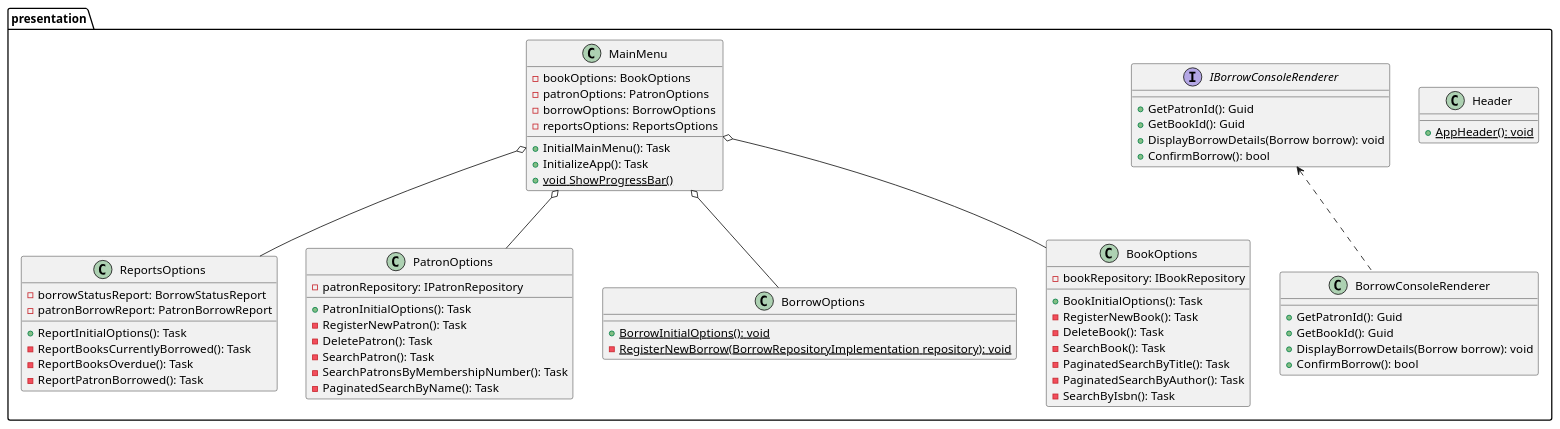
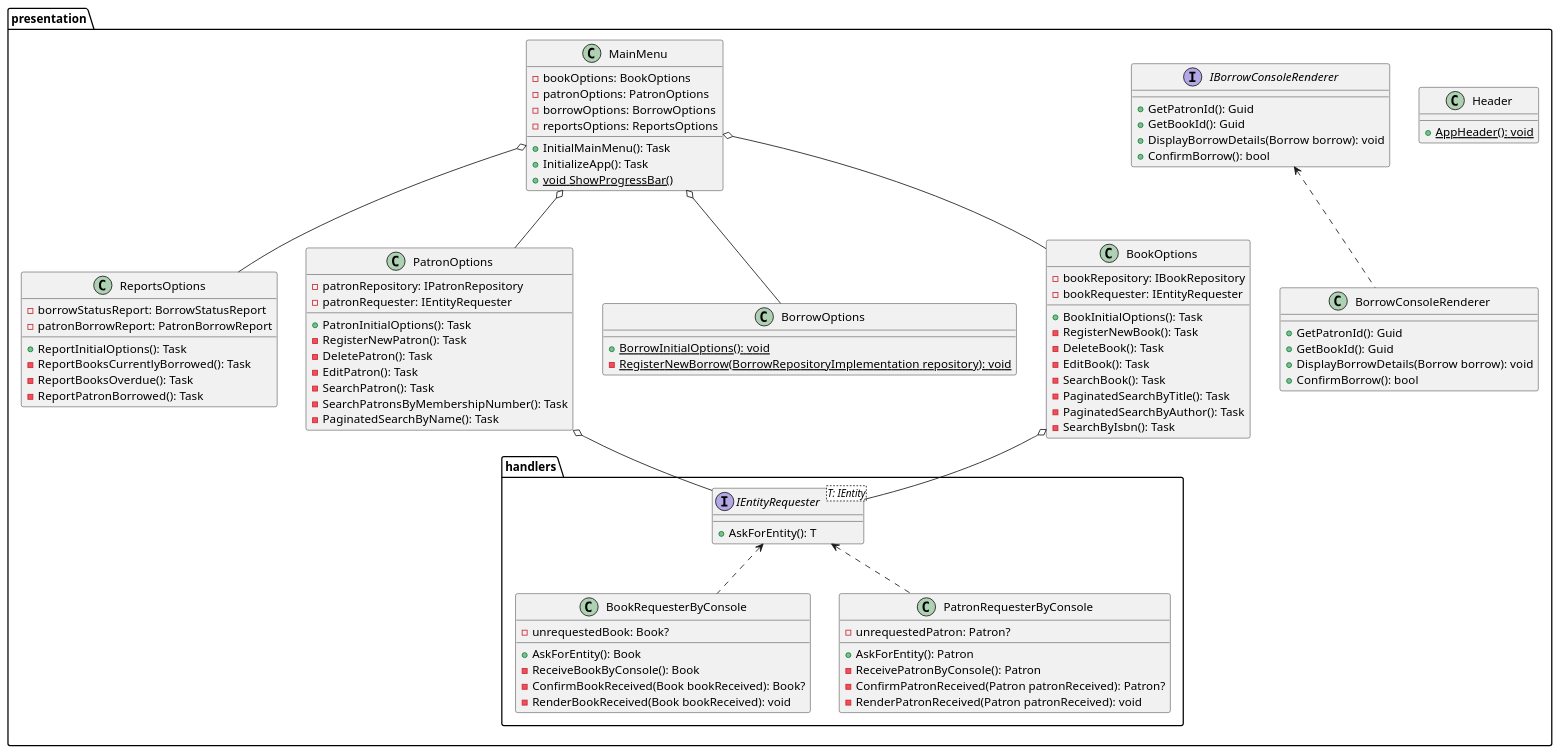
Before and after one commit to programacion-6/Opcion1LosBorbotones: the diagram in system-design/class-diagram/presentation.puml, drawn with PlantUML. The commit also changed 1 other file, not shown here.

Commit message:
chore: updated class diagram

```diff
--- a/system-design/class-diagram/presentation.puml
+++ b/system-design/class-diagram/presentation.puml
@@ -1,71 +1,102 @@
 @startuml
 package presentation {
+
+    package handlers {
+        class BookRequesterByConsole {
+            - unrequestedBook: Book?
+            + AskForEntity(): Book
+            - ReceiveBookByConsole(): Book
+            - ConfirmBookReceived(Book bookReceived): Book?
+            - RenderBookReceived(Book bookReceived): void
+        }
+
+        class PatronRequesterByConsole {
+            - unrequestedPatron: Patron?
+            + AskForEntity(): Patron
+            - ReceivePatronByConsole(): Patron
+            - ConfirmPatronReceived(Patron patronReceived): Patron?
+            - RenderPatronReceived(Patron patronReceived): void
+        }
+
+        interface IEntityRequester<T: IEntity> {
+            + AskForEntity(): T
+        }
+        IEntityRequester <.. BookRequesterByConsole
+        IEntityRequester <.. PatronRequesterByConsole
+    }
+
     class ReportsOptions {
         - borrowStatusReport: BorrowStatusReport
         - patronBorrowReport: PatronBorrowReport
         + ReportInitialOptions(): Task
         - ReportBooksCurrentlyBorrowed(): Task
         - ReportBooksOverdue(): Task
         - ReportPatronBorrowed(): Task
     }
 
     class Header {
         + {static} AppHeader(): void
     }
 
     class PatronOptions {
         - patronRepository: IPatronRepository
+        - patronRequester: IEntityRequester
         + PatronInitialOptions(): Task
         - RegisterNewPatron(): Task
         - DeletePatron(): Task
+        - EditPatron(): Task
         - SearchPatron(): Task
         - SearchPatronsByMembershipNumber(): Task
         - PaginatedSearchByName(): Task
     }
+    PatronOptions o-- IEntityRequester
 
     class BorrowOptions {
         + {static} BorrowInitialOptions(): void
         - {static} RegisterNewBorrow(BorrowRepositoryImplementation repository): void
     }
 
     class BookOptions {
         - bookRepository: IBookRepository
+        - bookRequester: IEntityRequester
         + BookInitialOptions(): Task
         - RegisterNewBook(): Task
         - DeleteBook(): Task
+        - EditBook(): Task
         - SearchBook(): Task
         - PaginatedSearchByTitle(): Task
         - PaginatedSearchByAuthor(): Task
         - SearchByIsbn(): Task
     }
+    BookOptions o-- IEntityRequester
 
     class BorrowConsoleRenderer {
         + GetPatronId(): Guid
         + GetBookId(): Guid
         + DisplayBorrowDetails(Borrow borrow): void
         + ConfirmBorrow(): bool
     }
 
     interface IBorrowConsoleRenderer {
         + GetPatronId(): Guid
         + GetBookId(): Guid
         + DisplayBorrowDetails(Borrow borrow): void
         + ConfirmBorrow(): bool
     }
     IBorrowConsoleRenderer <.. BorrowConsoleRenderer
 
     class MainMenu {
         - bookOptions: BookOptions
         - patronOptions: PatronOptions
         - borrowOptions: BorrowOptions
         - reportsOptions: ReportsOptions
         + InitialMainMenu(): Task
         + InitializeApp(): Task
         + {static} void ShowProgressBar()
     }
     MainMenu o-- BorrowOptions
     MainMenu o-- BookOptions
     MainMenu o-- PatronOptions
     MainMenu o-- ReportsOptions
 }
 @enduml
```
